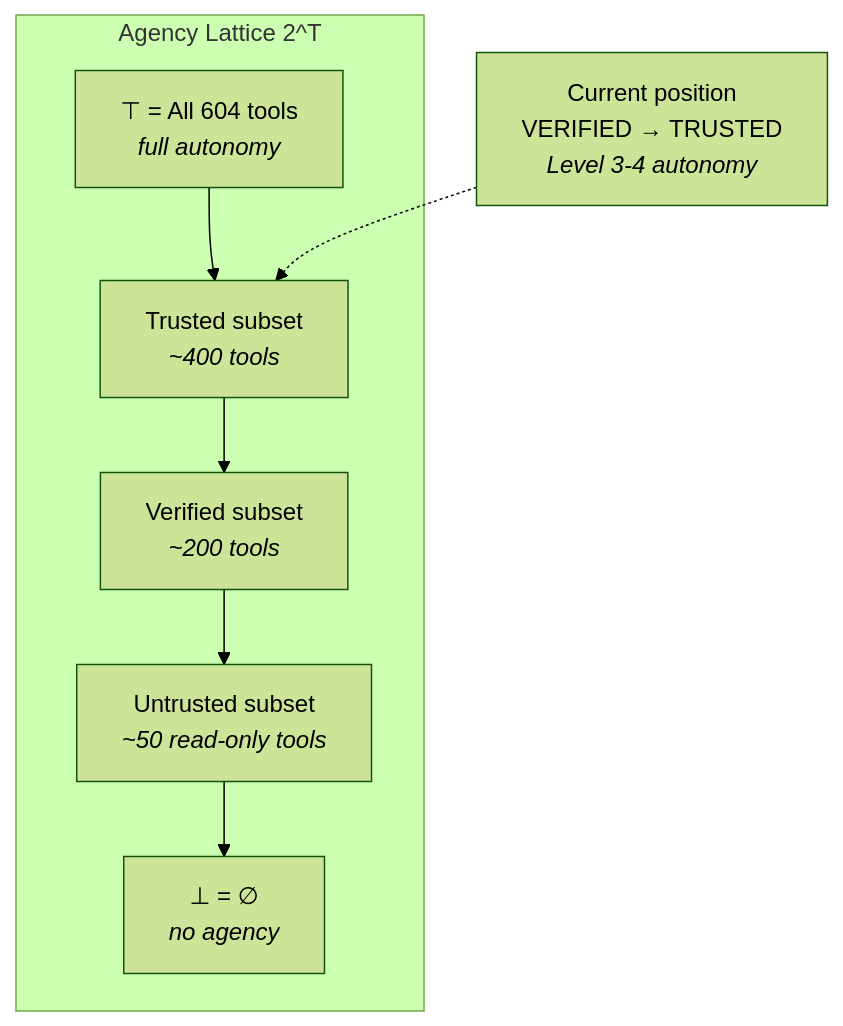
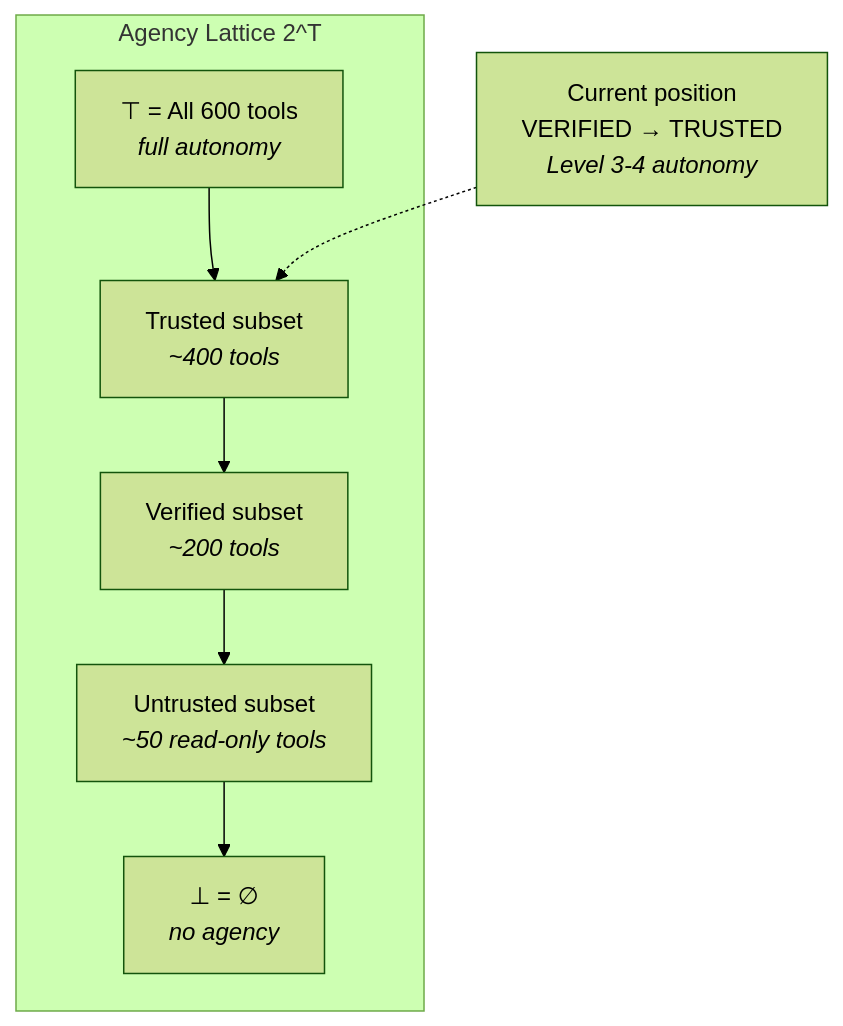
One commit to docxology/codomyrmex changed the second of 3 diagrams in docs/agi/tool_use_and_agency.md. Above: the diagram before and after it, drawn with Mermaid (forest theme). The commit also changed other lines of this file and 946 other files, not shown here.

````diff
--- a/docs/agi/tool_use_and_agency.md
+++ b/docs/agi/tool_use_and_agency.md
@@ -90,15 +90,15 @@
 ```mermaid
 graph TD
     subgraph LATTICE["Agency Lattice 2^T"]
-        TOP["⊤ = All 604 tools<br/><i>full autonomy</i>"]
+        TOP["⊤ = All 600 tools<br/><i>full autonomy</i>"]
         TRUSTED["Trusted subset<br/><i>~400 tools</i>"]
         VERIFIED["Verified subset<br/><i>~200 tools</i>"]
         UNTRUSTED["Untrusted subset<br/><i>~50 read-only tools</i>"]
         BOT["⊥ = ∅<br/><i>no agency</i>"]
     end
 
     TOP --> TRUSTED --> VERIFIED --> UNTRUSTED --> BOT
 
     CDM["Current position<br/>VERIFIED → TRUSTED<br/><i>Level 3-4 autonomy</i>"]
     CDM -.-> TRUSTED
 ```
````
